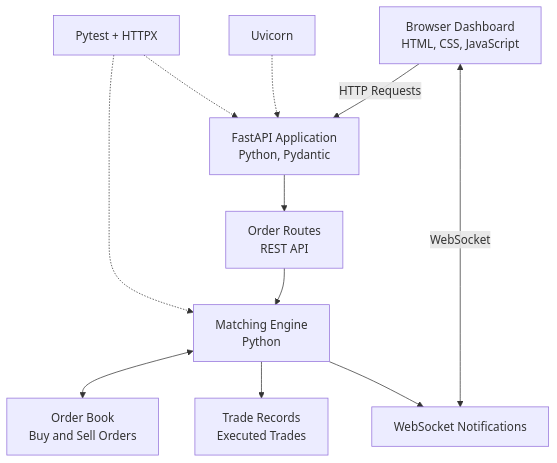
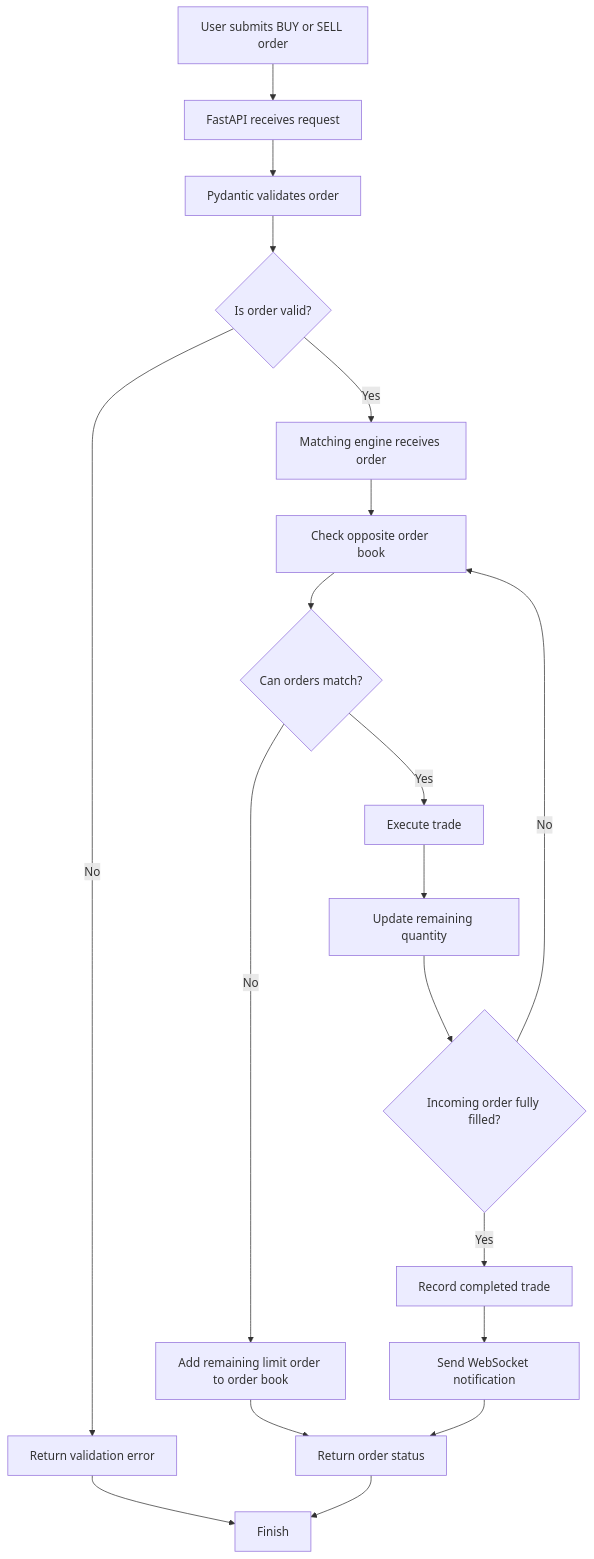
The diagram in docs/architecture.md (sainamas/PulseX-Exchange), drawn with Mermaid before and after one commit. The commit also changed other lines of this file, not shown here.

Commit message:
Improved PulseX architecture documentation
Updated the architecture documentation to include the order execution workflow diagram and revised the status description.

````diff
--- a/docs/architecture.md
+++ b/docs/architecture.md
@@ -6,22 +6,31 @@
 ```mermaid
 flowchart TD
-    A["Browser Dashboard<br/>HTML, CSS, JavaScript"]
-    B["FastAPI Application<br/>Python, Pydantic"]
-    C["Order Routes<br/>REST API"]
-    D["Matching Engine<br/>Python"]
-    E["Order Book<br/>Buy and Sell Orders"]
-    F["Trade Records<br/>Executed Trades"]
-    G["WebSocket Notifications"]
+    A["User submits BUY or SELL order"]
+    B["FastAPI receives request"]
+    C["Pydantic validates order"]
+    D{"Is order valid?"}
+    E["Return validation error"]
+    F["Matching engine receives order"]
+    G["Check opposite order book"]
+    H{"Can orders match?"}
+    I["Execute trade"]
+    J["Update remaining quantity"]
+    K{"Incoming order fully filled?"}
+    L["Add remaining limit order to order book"]
+    M["Record completed trade"]
+    N["Send WebSocket notification"]
+    O["Return order status"]
+    P["Finish"]
 
-    A -->|"HTTP Requests"| B
-    A <-->|"WebSocket"| G
-    B --> C
-    C --> D
-    D <--> E
-    D --> F
-    D --> G
-
-    H["Uvicorn"] -.-> B
-    I["Pytest + HTTPX"] -.-> B
-    I -.-> D
+    A --> B --> C --> D
+    D -->|No| E
+    D -->|Yes| F --> G --> H
+    H -->|Yes| I --> J --> K
+    K -->|No| G
+    K -->|Yes| M
+    H -->|No| L
+    L --> O
+    M --> N --> O
+    E --> P
+    O --> P
 ```
````
